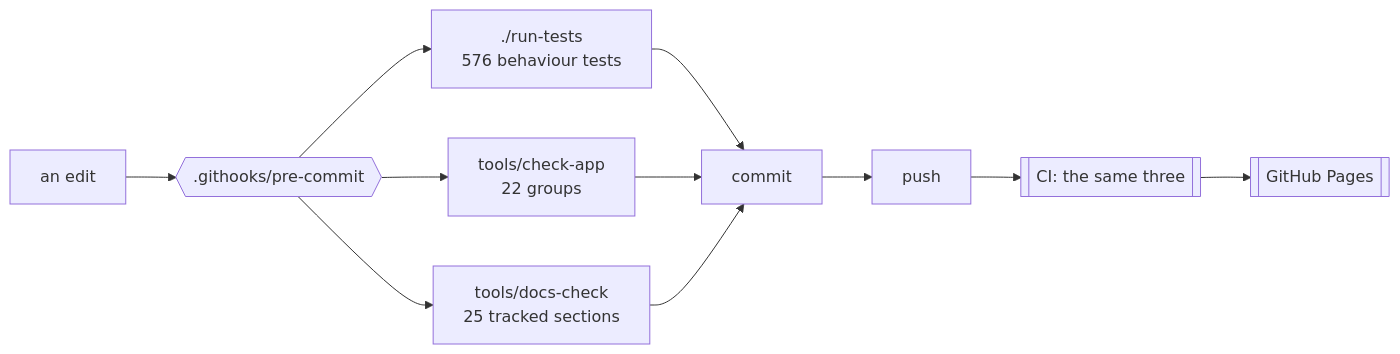
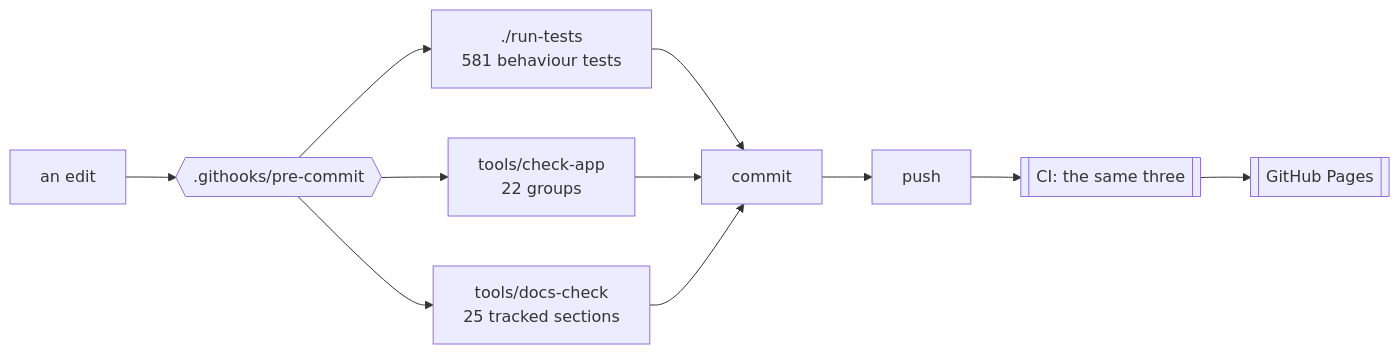
One commit to minormending/crystal-pilot-mobile changed the first of 2 diagrams in docs/DEVELOPING.md. Above: the diagram before and after it, drawn with Mermaid. The commit also changed other lines of this file and 2 other files, not shown here.

````diff
--- a/docs/DEVELOPING.md
+++ b/docs/DEVELOPING.md
@@ -15,12 +15,12 @@
 ```mermaid
 flowchart LR
     E[an edit] --> H{{".githooks/pre-commit"}}
-    H --> T["./run-tests<br/>576 behaviour tests"]
+    H --> T["./run-tests<br/>581 behaviour tests"]
     H --> C["tools/check-app<br/>22 groups"]
     H --> D["tools/docs-check<br/>25 tracked sections"]
     T --> OK[commit]
     C --> OK
     D --> OK
     OK --> P[push] --> CI[["CI: the same three"]]
     CI --> PG[[GitHub Pages]]
 ```
````
